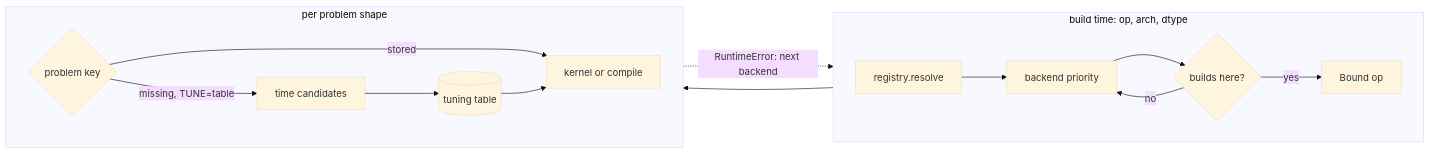
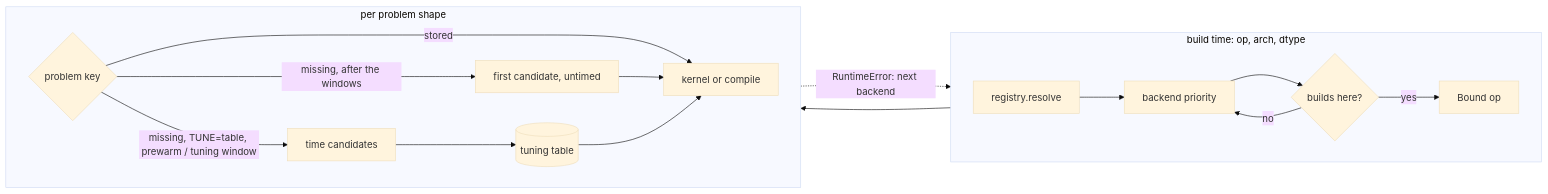
Before and after one commit to KohakuBlueleaf/KohakuMossTrainer: the fifth of 6 diagrams in README.md, drawn with Mermaid (base theme). The commit also changed other lines of this file and 1 other file, not shown here.

````diff
--- a/README.md
+++ b/README.md
@@ -372,19 +385,21 @@
 ```mermaid
 flowchart LR
     subgraph build["build time: op, arch, dtype"]
         direction LR
         resolve["registry.resolve"] --> priority["backend priority"]
         priority --> probe{"builds here?"}
         probe -->|"no"| priority
         probe -->|"yes"| bound["Bound op"]
     end
     subgraph call["per problem shape"]
         direction LR
         key{"problem key"} -->|"stored"| run["kernel or compile"]
-        key -->|"missing, TUNE=table"| timing["time candidates"]
+        key -->|"missing, TUNE=table, prewarm / tuning window"| timing["time candidates"]
+        key -->|"missing, after the windows"| first["first candidate, untimed"]
+        first --> run
         timing --> table[("tuning table")]
         table --> run
     end
     bound --> key
     run -.->|"RuntimeError: next backend"| priority
 ```
````
